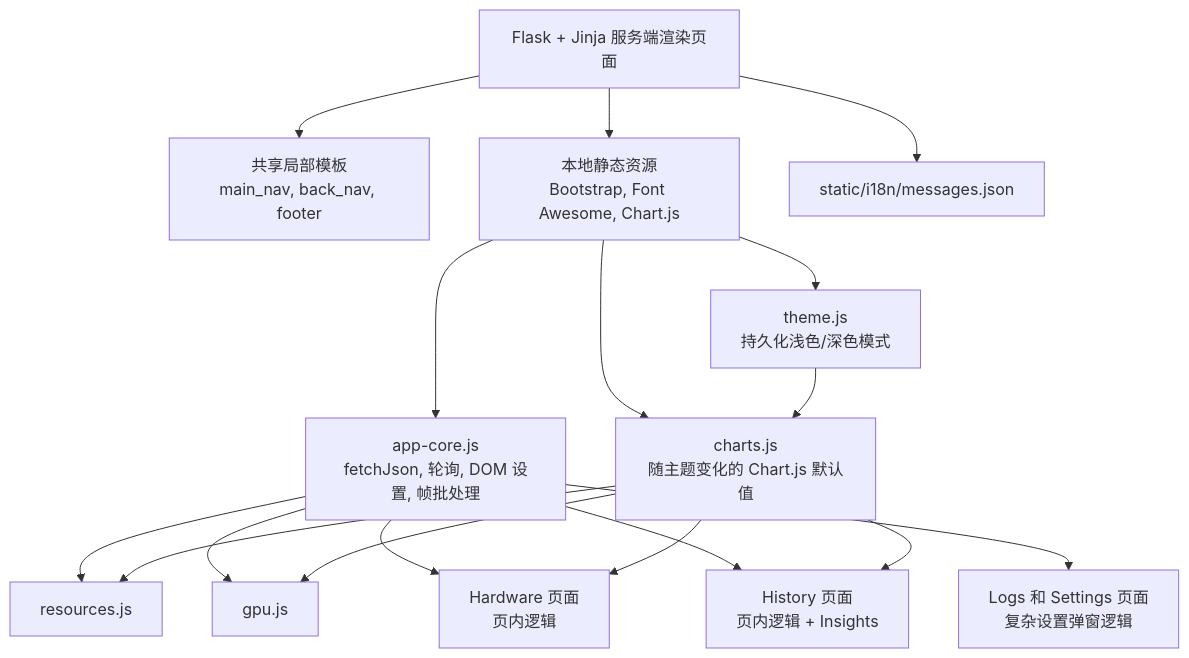
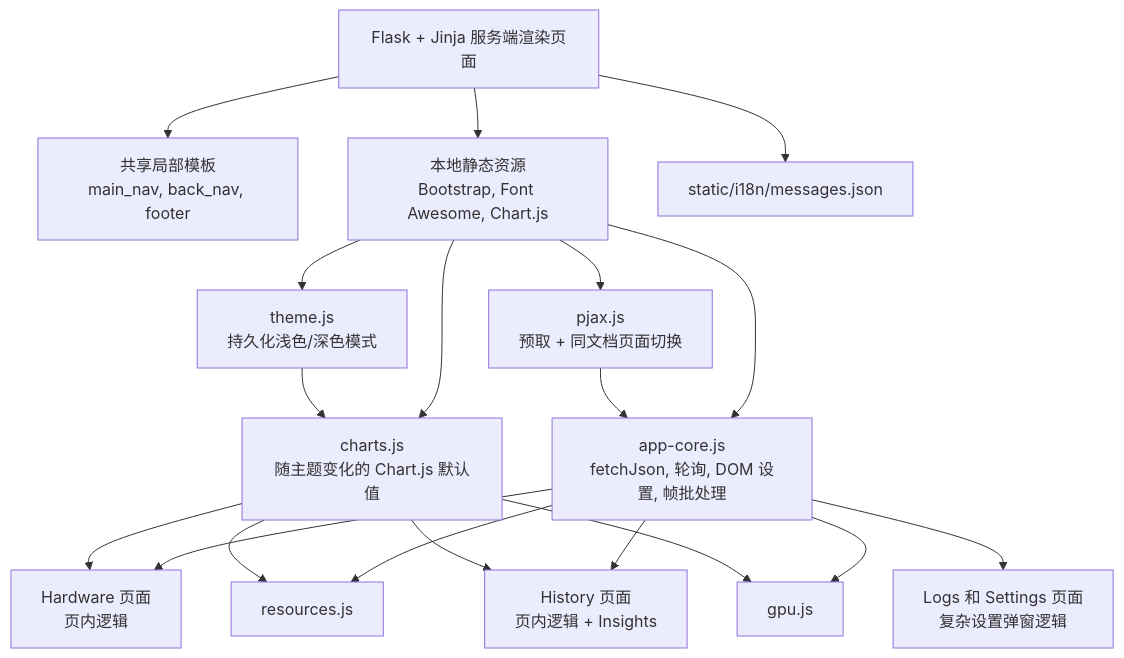
One commit to stlin256/IPMI_WEB changed the second of 5 diagrams in readme-cn.md. Above: the diagram before and after it, drawn with Mermaid. The commit also changed other lines of this file and 2 other files, not shown here.

Commit message:
Document PJAX navigation

````diff
--- a/readme-cn.md
+++ b/readme-cn.md
@@ -87,22 +88,24 @@
 ```mermaid
 flowchart TD
     ServerPages["Flask + Jinja 服务端渲染页面"] --> SharedShell["共享局部模板<br/>main_nav, back_nav, footer"]
     ServerPages --> LocalAssets["本地静态资源<br/>Bootstrap, Font Awesome, Chart.js"]
     ServerPages --> I18nCatalog["static/i18n/messages.json"]
 
     LocalAssets --> Theme["theme.js<br/>持久化浅色/深色模式"]
     LocalAssets --> Core["app-core.js<br/>fetchJson, 轮询, DOM 设置, 帧批处理"]
     LocalAssets --> ChartDefaults["charts.js<br/>随主题变化的 Chart.js 默认值"]
+    LocalAssets --> PJAX["pjax.js<br/>预取 + 同文档页面切换"]
 
+    PJAX --> Core
     Core --> HardwarePage["Hardware 页面<br/>页内逻辑"]
     Core --> HistoryPage["History 页面<br/>页内逻辑 + Insights"]
     Core --> LogsPage["Logs 和 Settings 页面<br/>复杂设置弹窗逻辑"]
     Core --> ResourcesPage["resources.js"]
     Core --> GPUPage["gpu.js"]
 
     Theme --> ChartDefaults
     ChartDefaults --> ResourcesPage
     ChartDefaults --> GPUPage
     ChartDefaults --> HardwarePage
     ChartDefaults --> HistoryPage
 ```
````
